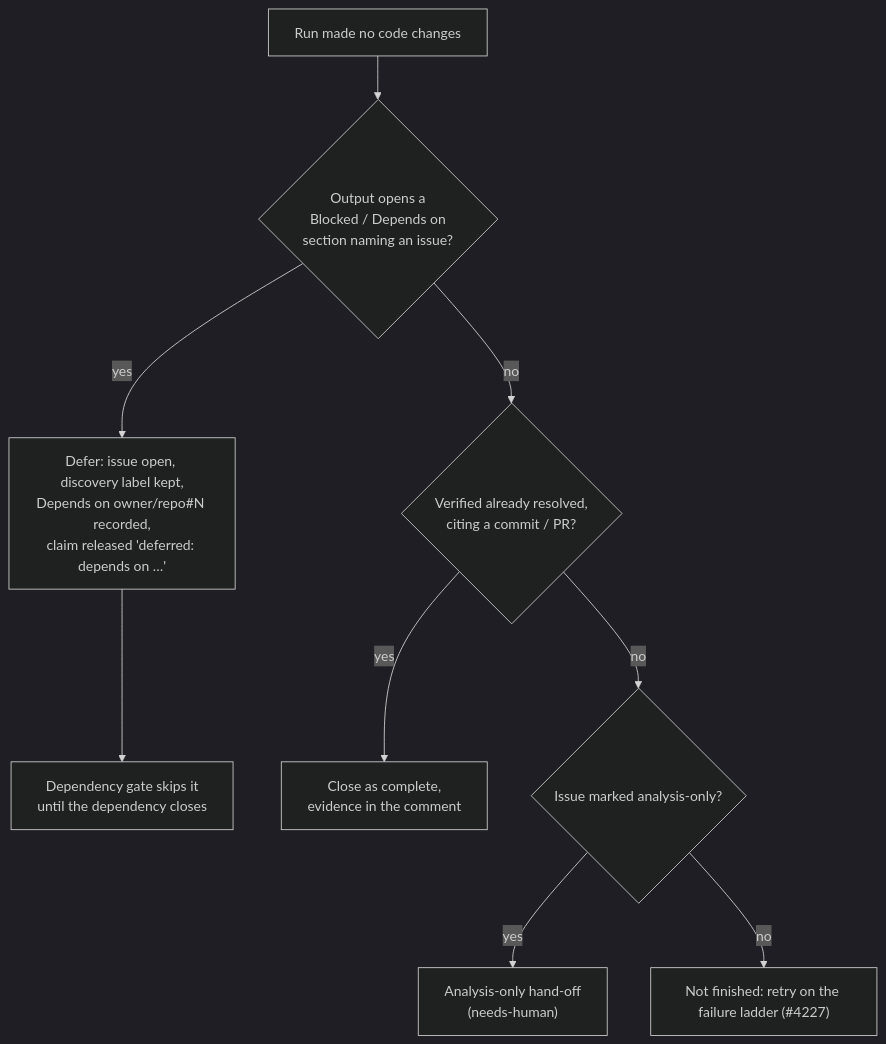
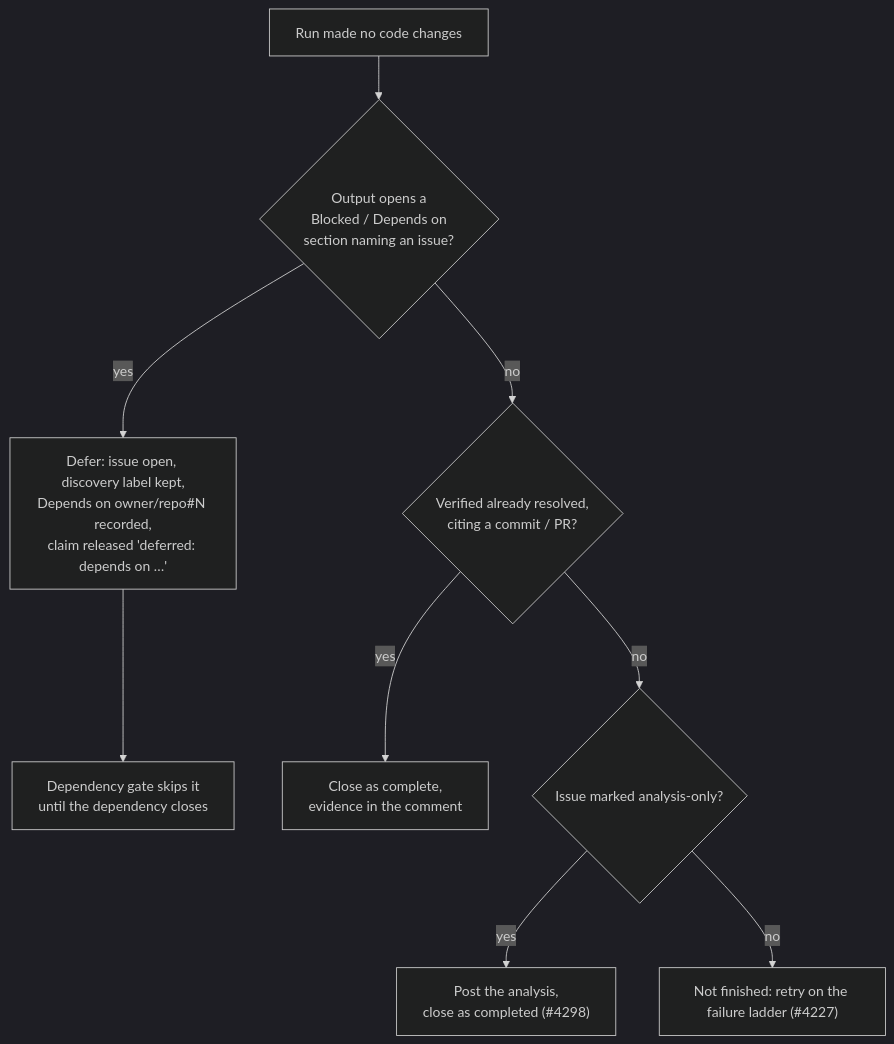
One commit to stSoftwareAU/VibeCoder changed the eighth of 9 diagrams in DESIGN-PRINCIPLES.md. Above: the diagram before and after it, drawn with Mermaid (dark theme). The commit also changed other lines of this file and 50 other files, not shown here.

````diff
--- a/DESIGN-PRINCIPLES.md
+++ b/DESIGN-PRINCIPLES.md
@@ -2972,11 +2967,11 @@
 ```mermaid
 flowchart TD
     N["Run made no code changes"] --> B{"Output opens a<br/>Blocked / Depends on<br/>section naming an issue?"}
     B -- yes --> D["Defer: issue open, discovery label kept,<br/>Depends on owner/repo#N recorded,<br/>claim released 'deferred: depends on …'"]
     D --> G["Dependency gate skips it<br/>until the dependency closes"]
     B -- no --> C{"Verified already resolved,<br/>citing a commit / PR?"}
     C -- yes --> X["Close as complete,<br/>evidence in the comment"]
     C -- no --> A{"Issue marked analysis-only?"}
-    A -- yes --> H["Analysis-only hand-off<br/>(needs-human)"]
+    A -- yes --> H["Post the analysis,<br/>close as completed (#4298)"]
     A -- no --> R["Not finished: retry on the failure ladder (#4227)"]
 ```
````
